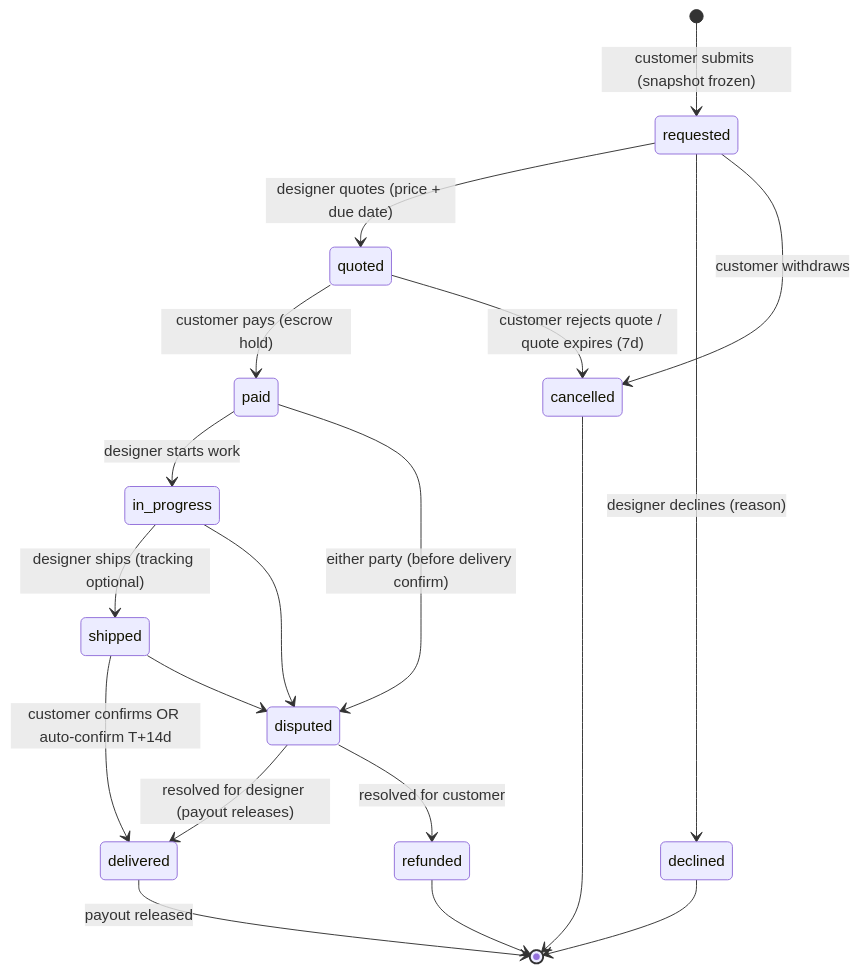
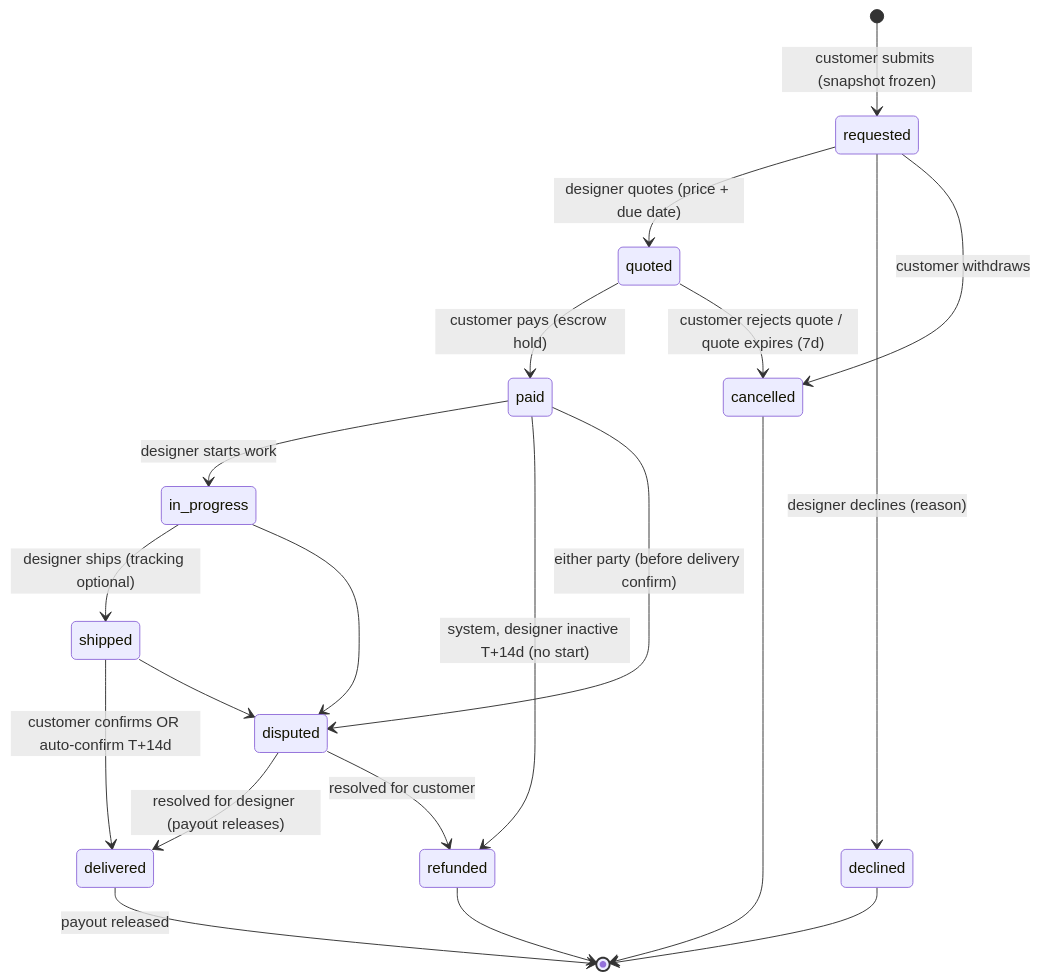
Before and after one commit to cuesoftinc/apparule: the diagram in docs/order-lifecycle.md, drawn with Mermaid. The commit also changed other lines of this file and 18 other files, not shown here.

````diff
--- a/docs/order-lifecycle.md
+++ b/docs/order-lifecycle.md
@@ -10,21 +10,22 @@
 ```mermaid
 stateDiagram-v2
     [*] --> requested : customer submits (snapshot frozen)
     requested --> quoted : designer quotes (price + due date)
     requested --> declined : designer declines (reason)
     requested --> cancelled : customer withdraws
     quoted --> paid : customer pays (escrow hold)
     quoted --> cancelled : customer rejects quote / quote expires (7d)
     paid --> in_progress : designer starts work
+    paid --> refunded : system, designer inactive T+14d (no start)
     in_progress --> shipped : designer ships (tracking optional)
     shipped --> delivered : customer confirms OR auto-confirm T+14d
     delivered --> [*] : payout released
     paid --> disputed : either party (before delivery confirm)
     in_progress --> disputed
     shipped --> disputed
     disputed --> delivered : resolved for designer (payout releases)
     disputed --> refunded : resolved for customer
     refunded --> [*]
     declined --> [*]
     cancelled --> [*]
 ```
````
